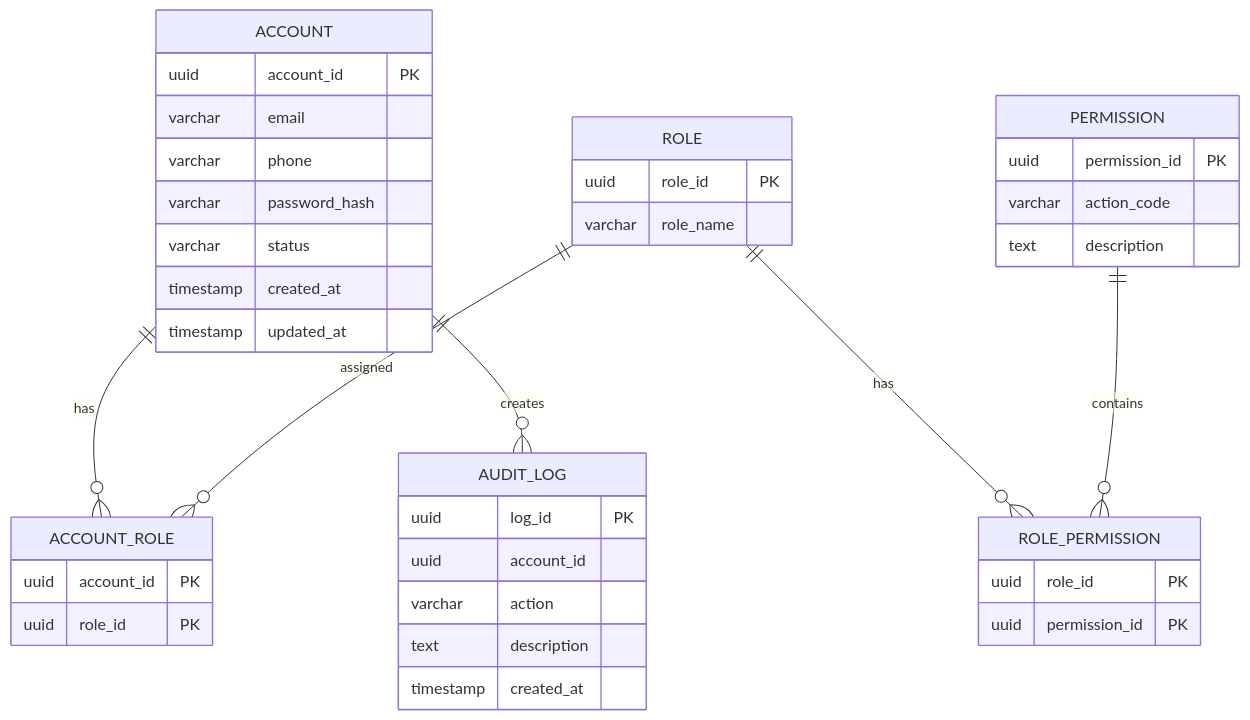
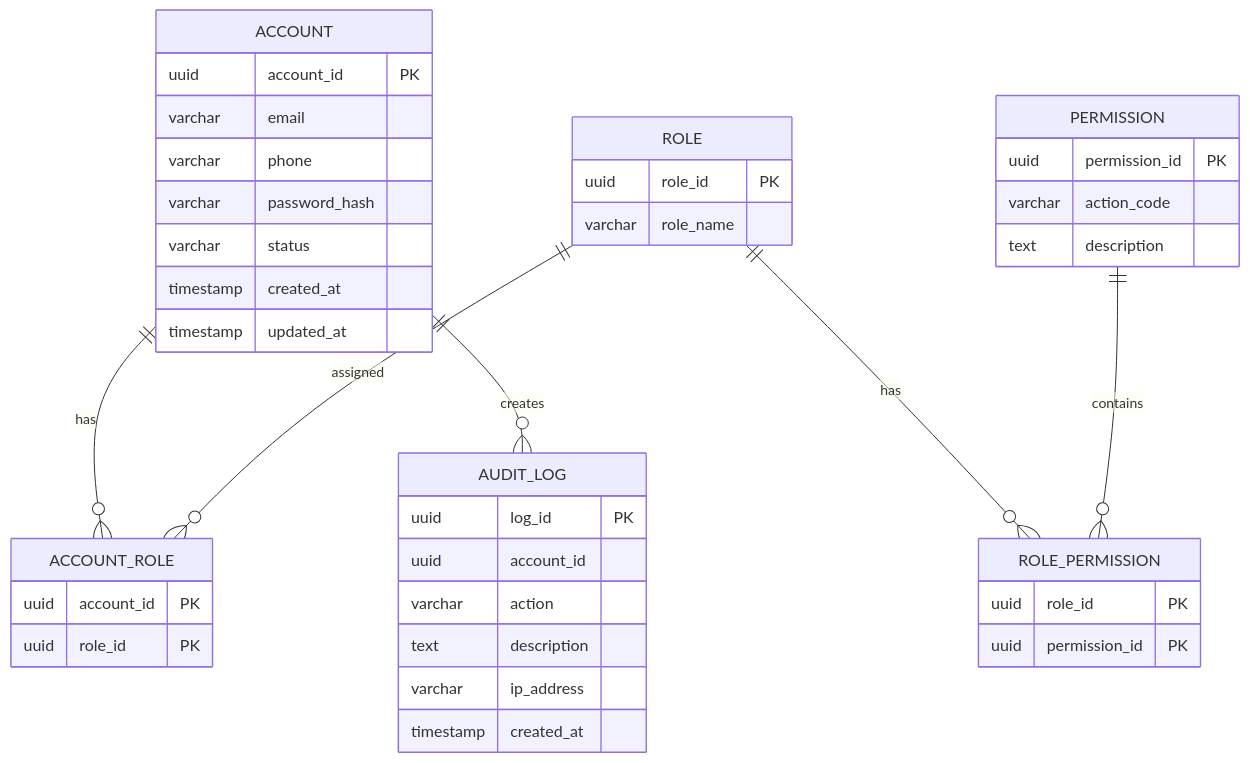
One commit to Phamha0601/23680571_PhamThiThuHa_CabSystem changed the third of 29 diagrams in Microservice_Design.md. Above: the diagram before and after it, drawn with Mermaid. The commit also changed other lines of this file, not shown here.

````diff
--- a/Microservice_Design.md
+++ b/Microservice_Design.md
@@ -234,48 +235,48 @@
 ```mermaid
 erDiagram
-
     ACCOUNT ||--o{ ACCOUNT_ROLE : has
     ROLE ||--o{ ACCOUNT_ROLE : assigned
     ROLE ||--o{ ROLE_PERMISSION : has
     PERMISSION ||--o{ ROLE_PERMISSION : contains
     ACCOUNT ||--o{ AUDIT_LOG : creates
 
     ACCOUNT {
         uuid account_id PK
         varchar email
         varchar phone
         varchar password_hash
         varchar status
         timestamp created_at
         timestamp updated_at
     }
 
     ROLE {
         uuid role_id PK
         varchar role_name
     }
 
     PERMISSION {
         uuid permission_id PK
         varchar action_code
         text description
     }
 
     ACCOUNT_ROLE {
         uuid account_id PK
         uuid role_id PK
     }
 
     ROLE_PERMISSION {
         uuid role_id PK
         uuid permission_id PK
     }
 
     AUDIT_LOG {
         uuid log_id PK
         uuid account_id
         varchar action
         text description
+        varchar ip_address
         timestamp created_at
     }
 ```
````
